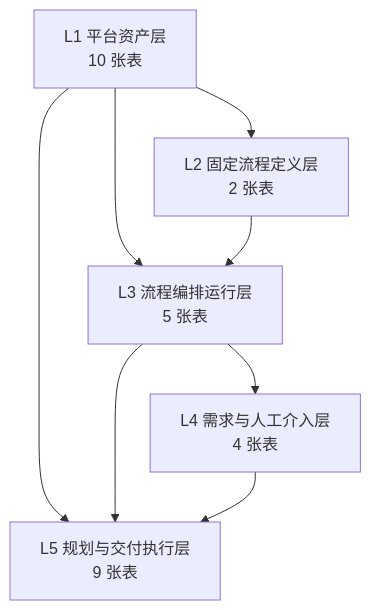
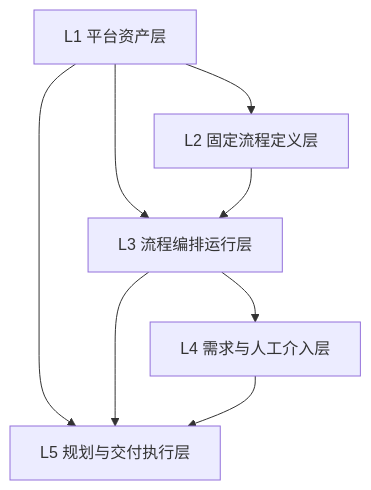
Before and after one commit to xilufeisaigao/AgentX: the diagram in docs/database/01-table-layer-map.md, drawn with Mermaid. The commit also changed other lines of this file and 7 other files, not shown here.

Commit message:
docs: consolidate architecture and state machine docs

````diff
--- a/docs/database/01-table-layer-map.md
+++ b/docs/database/01-table-layer-map.md
@@ -15,16 +7,16 @@
 ```mermaid
 flowchart TB
-  L1["L1 平台资产层\n10 张表"]
-  L2["L2 固定流程定义层\n2 张表"]
-  L3["L3 流程编排运行层\n5 张表"]
-  L4["L4 需求与人工介入层\n4 张表"]
-  L5["L5 规划与交付执行层\n9 张表"]
+  L1["L1 平台资产层"]
+  L2["L2 固定流程定义层"]
+  L3["L3 流程编排运行层"]
+  L4["L4 需求与人工介入层"]
+  L5["L5 规划与交付执行层"]
 
   L1 --> L2
   L1 --> L3
   L1 --> L5
   L2 --> L3
   L3 --> L4
   L3 --> L5
   L4 --> L5
 ```
````
